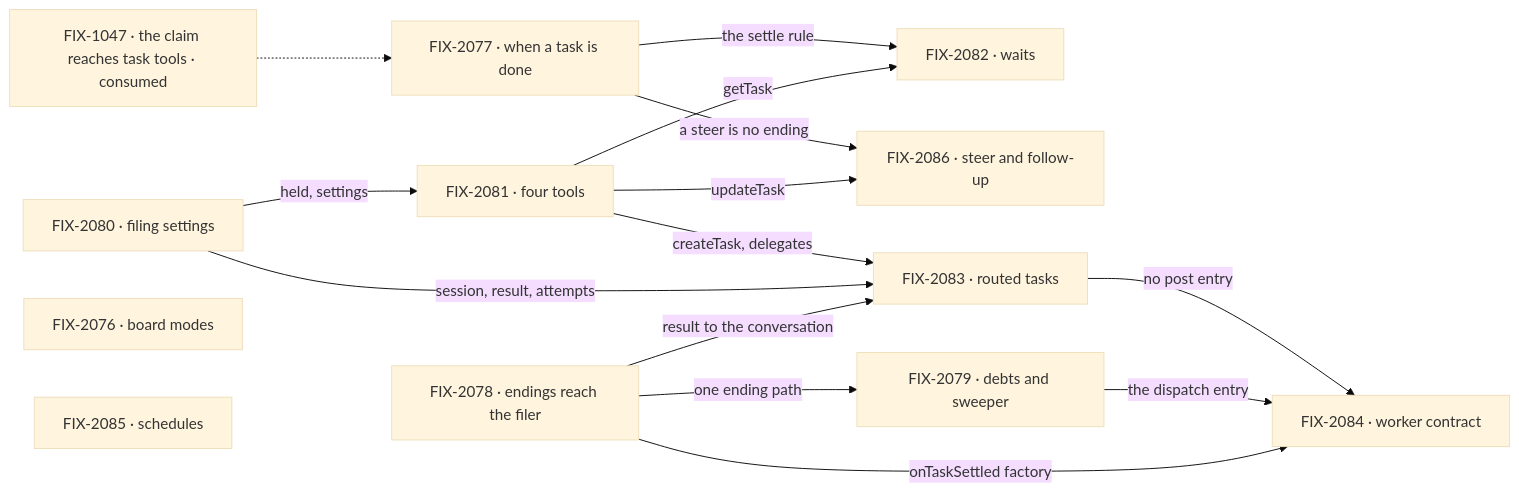
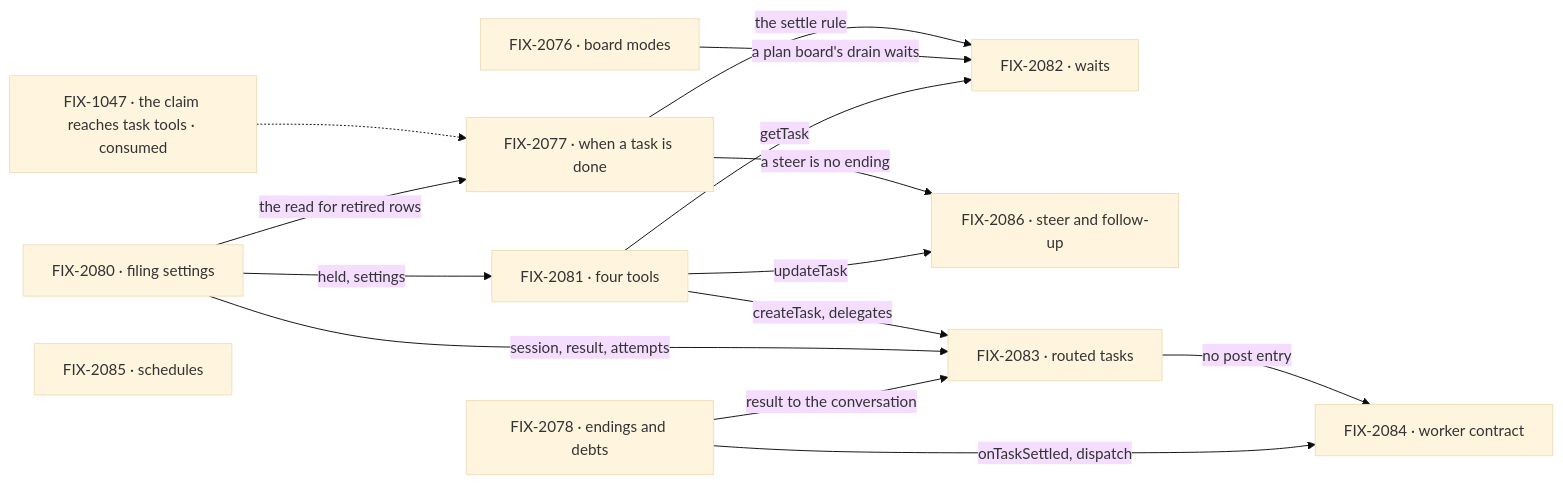
One commit to fixpoint-labs/flow-state-dev changed the second of 2 diagrams in specs/epics/FIX-2056/SPEC.md. Above: the diagram before and after it, drawn with Mermaid (base theme). The commit also changed other lines of this file and 8 other files, not shown here.

````diff
--- a/specs/epics/FIX-2056/SPEC.md
+++ b/specs/epics/FIX-2056/SPEC.md
@@ -101,18 +91,17 @@
 ```mermaid
 flowchart LR
   I["FIX-1047 · the claim reaches task tools · consumed"] -.-> B
-  B["FIX-2077 · when a task is done"] -->|"the settle rule"| W["FIX-2082 · waits"]
+  L["FIX-2080 · filing settings"] -->|"the read for retired rows"| B["FIX-2077 · when a task is done"]
+  B -->|"the settle rule"| W["FIX-2082 · waits"]
   B -->|"a steer is no ending"| S["FIX-2086 · steer and follow-up"]
-  E["FIX-2078 · endings reach the filer"] -->|"one ending path"| D["FIX-2079 · debts and sweeper"]
-  L["FIX-2080 · filing settings"] -->|"held, settings"| T["FIX-2081 · four tools"]
+  M["FIX-2076 · board modes"] -->|"a plan board's drain waits"| W
+  L -->|"held, settings"| T["FIX-2081 · four tools"]
   T -->|"getTask"| W
   T -->|"updateTask"| S
   T -->|"createTask, delegates"| R["FIX-2083 · routed tasks"]
   L -->|"session, result, attempts"| R
-  E -->|"result to the conversation"| R
+  E["FIX-2078 · endings and debts"] -->|"result to the conversation"| R
   R -->|"no post entry"| K["FIX-2084 · worker contract"]
-  D -->|"the dispatch entry"| K
-  E -->|"onTaskSettled factory"| K
-  M["FIX-2076 · board modes"]
+  E -->|"onTaskSettled, dispatch"| K
   H["FIX-2085 · schedules"]
 ```
````
